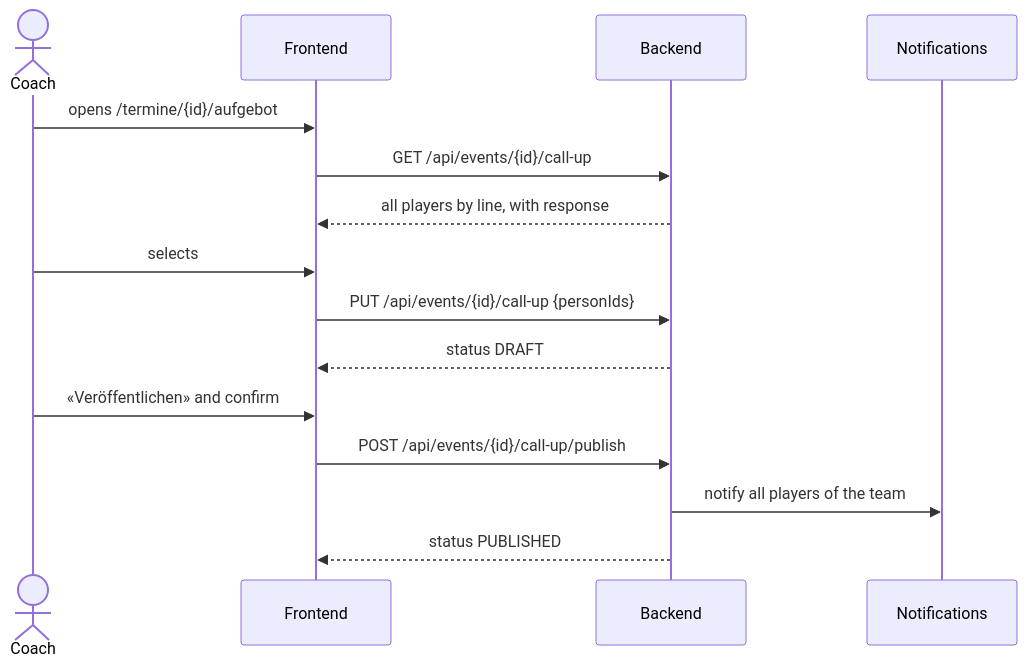
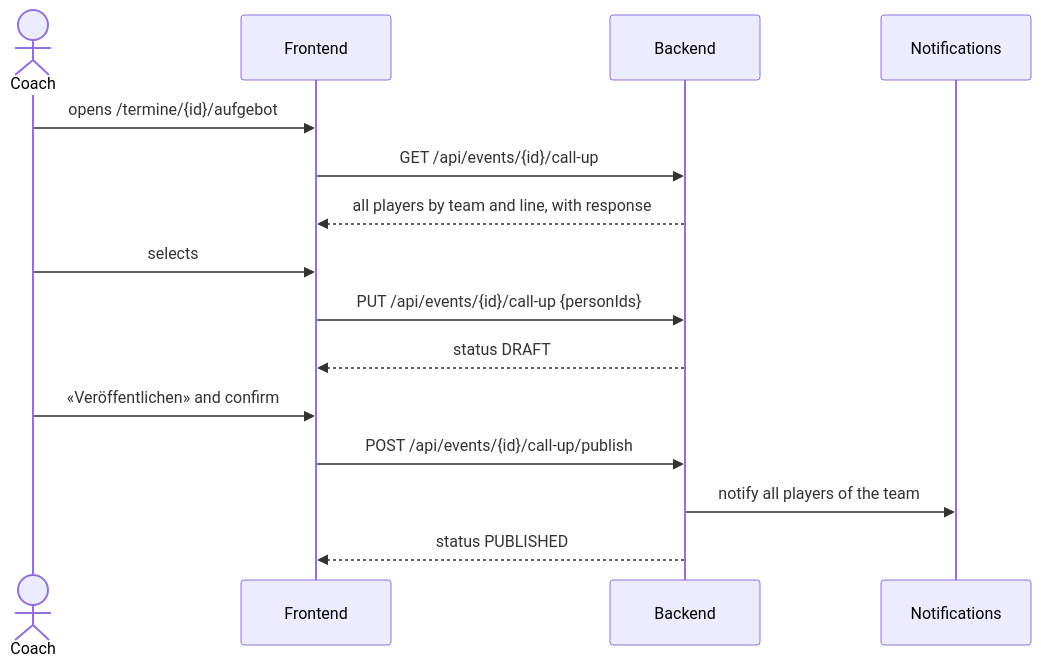
Diagram 13 of 14 in docs/states.md (cyrilleulmi/StvBeroPlatform), drawn with Mermaid before and after one commit. The commit also changed other lines of this file and 44 other files, not shown here.

````diff
--- a/docs/states.md
+++ b/docs/states.md
@@ -310,17 +333,17 @@
 ```mermaid
 sequenceDiagram
     actor C as Coach
     participant F as Frontend
     participant B as Backend
     participant N as Notifications
     C->>F: opens /termine/{id}/aufgebot
     F->>B: GET /api/events/{id}/call-up
-    B-->>F: all players by line, with response
+    B-->>F: all players by team and line, with response
     C->>F: selects
     F->>B: PUT /api/events/{id}/call-up {personIds}
     B-->>F: status DRAFT
     C->>F: «Veröffentlichen» and confirm
     F->>B: POST /api/events/{id}/call-up/publish
     B->>N: notify all players of the team
     B-->>F: status PUBLISHED
 ```
````
